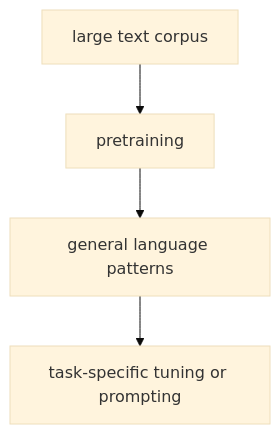
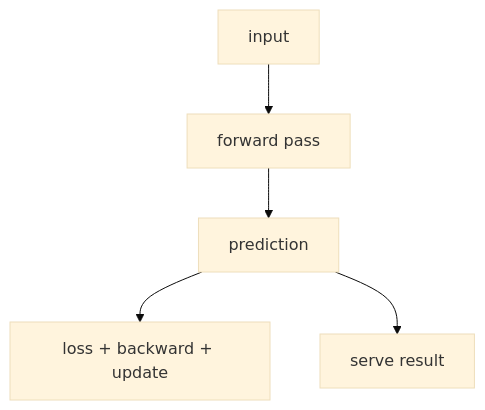
One commit to devchan64/AiBook changed the diagram in docs/parts/part-05/chapter-06/section-01.md. Above: the diagram before and after it, drawn with Mermaid (base theme). The commit also changed other lines of this file and 213 other files, not shown here.

````diff
--- a/docs/parts/part-05/chapter-06/section-01.md
+++ b/docs/parts/part-05/chapter-06/section-01.md
@@ -174,11 +102,13 @@
 ```mermaid
 flowchart TD
-  A["large text corpus"]
-  B["pretraining"]
-  C["general language patterns"]
-  D["task-specific tuning or prompting"]
+  A["input"]
+  B["forward pass"]
+  C["prediction"]
+  D["loss + backward + update"]
+  E["serve result"]
 
   A --> B
   B --> C
   C --> D
+  C --> E
 ```
````
